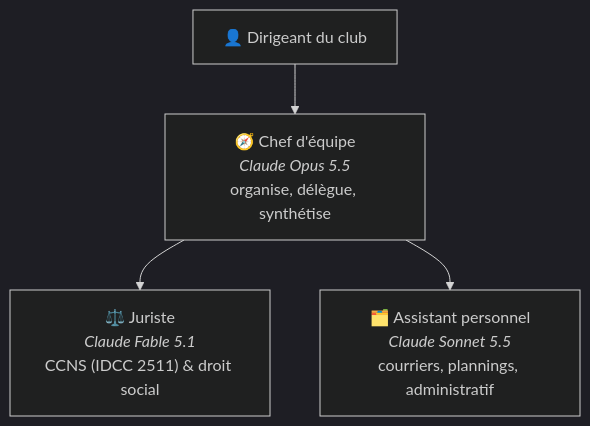
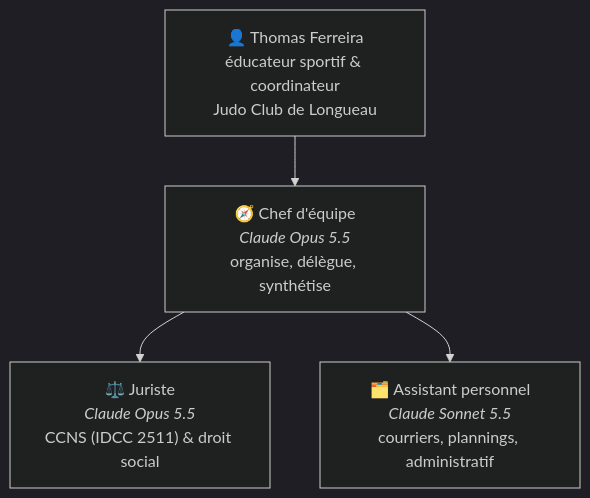
Before and after one commit to tfindusty-design/saas: the diagram in README.md, drawn with Mermaid (dark theme). The commit also changed other lines of this file and 6 other files, not shown here.

First line of the commit message:
Juriste sur Opus, équipe centrée sur Thomas, fiche du club remplie

````diff
--- a/README.md
+++ b/README.md
@@ -7,7 +7,7 @@
 ```mermaid
 flowchart TD
-    D["👤 Dirigeant du club"] --> C
+    D["👤 Thomas Ferreira<br/>éducateur sportif & coordinateur<br/>Judo Club de Longueau"] --> C
     C["🧭 Chef d'équipe<br/><i>Claude Opus 5.5</i><br/>organise, délègue, synthétise"]
-    C --> J["⚖️ Juriste<br/><i>Claude Fable 5.1</i><br/>CCNS (IDCC 2511) & droit social"]
+    C --> J["⚖️ Juriste<br/><i>Claude Opus 5.5</i><br/>CCNS (IDCC 2511) & droit social"]
     C --> A["🗂️ Assistant personnel<br/><i>Claude Sonnet 5.5</i><br/>courriers, plannings, administratif"]
 ```
````
